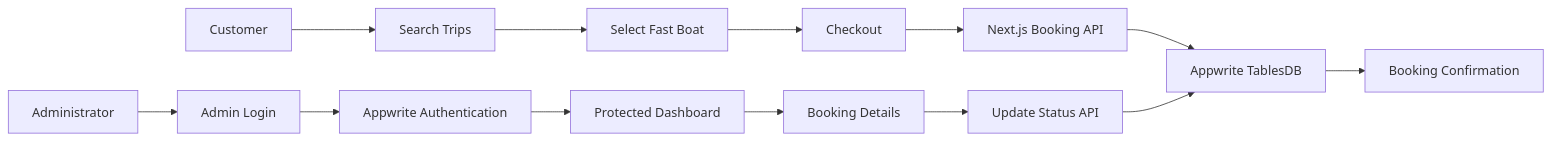
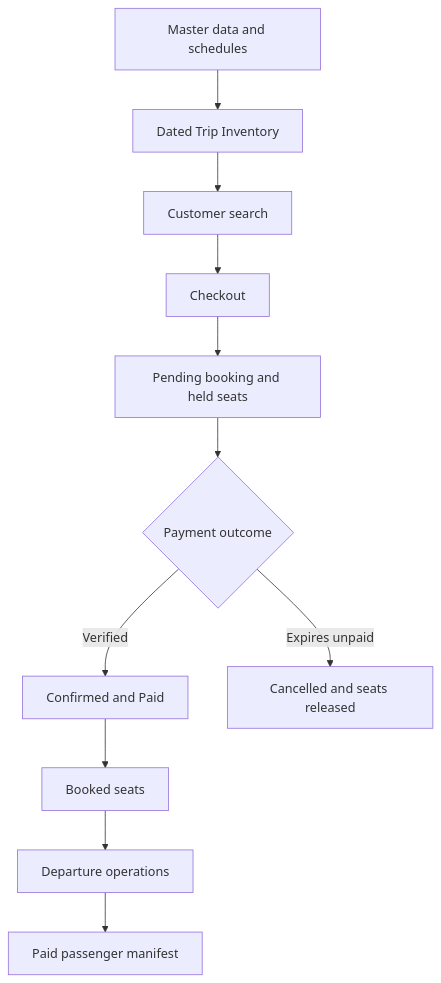
Before and after one commit to loctate/giligo-fast-boat-booking: the first of 3 diagrams in README.md, drawn with Mermaid. The commit also changed other lines of this file and 3 other files, not shown here.

````diff
--- a/README.md
+++ b/README.md
@@ -69,16 +87,17 @@
 ```mermaid
-flowchart LR
-    A[Customer] --> B[Search Trips]
-    B --> C[Select Fast Boat]
-    C --> D[Checkout]
-    D --> E[Next.js Booking API]
-    E --> F[Appwrite TablesDB]
-    F --> G[Booking Confirmation]
+flowchart TD
+    A[Master data and schedules]
+    --> B[Dated Trip Inventory]
+    --> C[Customer search]
+    --> D[Checkout]
+    --> E[Pending booking and held seats]
 
-    H[Administrator] --> I[Admin Login]
-    I --> J[Appwrite Authentication]
-    J --> K[Protected Dashboard]
-    K --> L[Booking Details]
-    L --> M[Update Status API]
-    M --> F
+    E --> F{Payment outcome}
+
+    F -->|Verified| G[Confirmed and Paid]
+    F -->|Expires unpaid| H[Cancelled and seats released]
+
+    G --> I[Booked seats]
+    --> J[Departure operations]
+    --> K[Paid passenger manifest]
 ```
````
